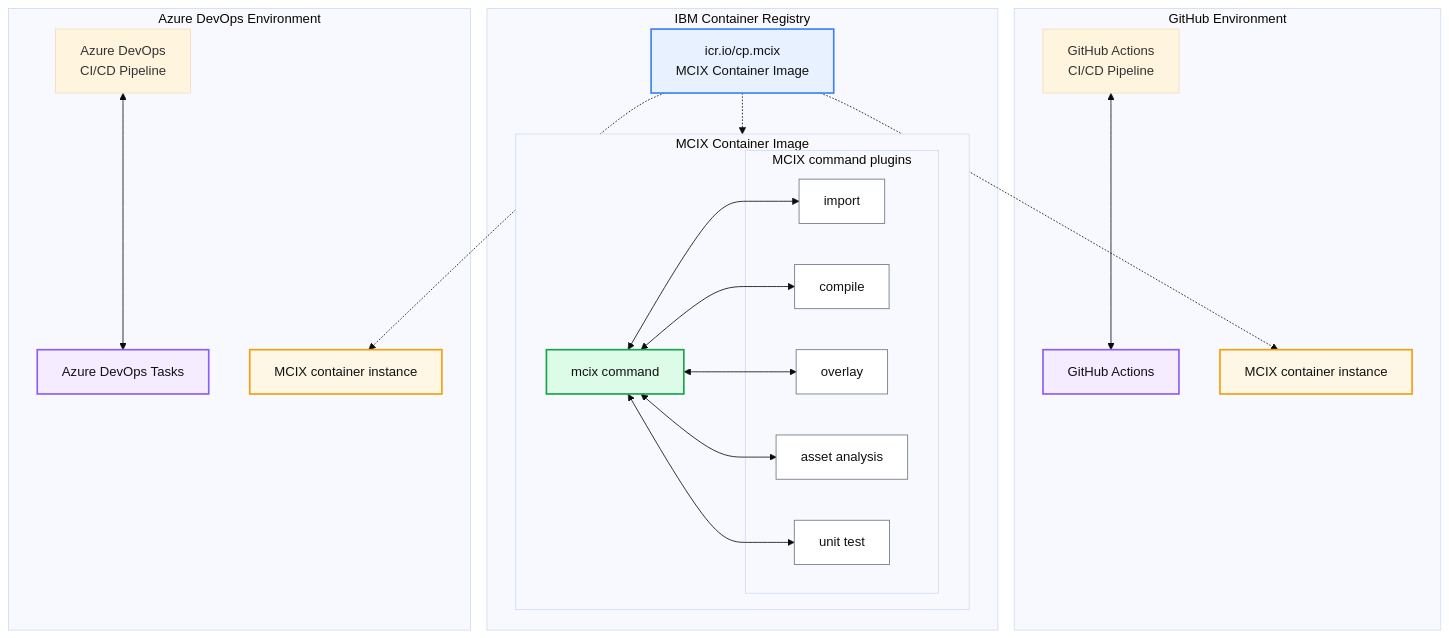
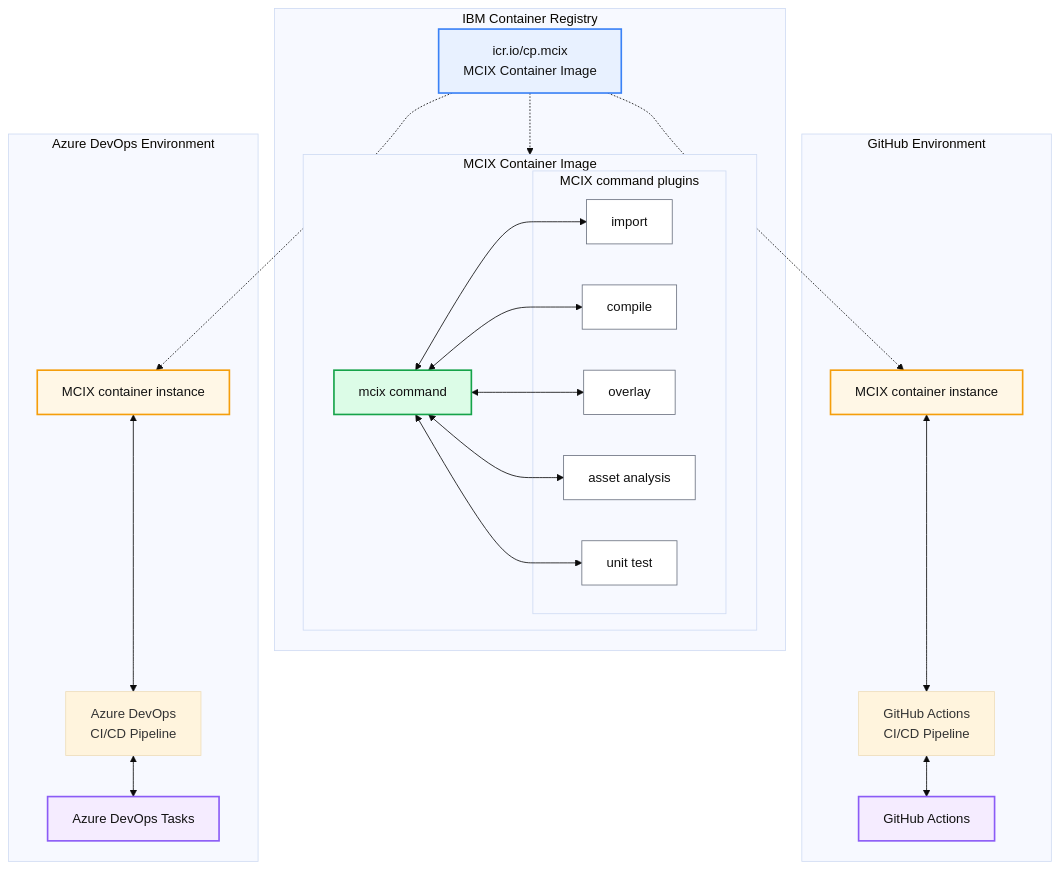
The diagram in ARCHITECTURE.md (MettleCI/mcix), drawn with Mermaid (base theme) before and after one commit.

````diff
--- a/ARCHITECTURE.md
+++ b/ARCHITECTURE.md
@@ -1,81 +1,82 @@
 ```mermaid
   flowchart TD
 
   %% =========================
   %% Styles
   %% =========================
   classDef registry fill:#e8f1ff,stroke:#3b82f6,stroke-width:2px,color:#111;
   classDef image fill:#eefbf3,stroke:#22c55e,stroke-width:2px,color:#111;
   classDef runtime fill:#fff7e6,stroke:#f59e0b,stroke-width:2px,color:#111;
   classDef tooling fill:#f5ecff,stroke:#8b5cf6,stroke-width:2px,color:#111;
   classDef plugin fill:#ffffff,stroke:#6b7280,stroke-width:1px,color:#111;
   classDef command fill:#dcfce7,stroke:#16a34a,stroke-width:2px,color:#111;
 
   %% =========================
   %% GitHub environment
   %% =========================
   subgraph GH["GitHub Environment"]
+      GHCONT["MCIX container instance"]
       GHA["GitHub Actions"]
       GHPIPE["GitHub Actions<br/>CI/CD Pipeline"]
-      GHCONT["MCIX container instance"]
   end
   class GHA tooling
   class GHCONT runtime
 
   %% GH Tooling references 
   GHPIPE <--> GHA
-
+  GHCONT <-->GHPIPE
 
   %% =========================
   %% Registry
   %% =========================
   subgraph REG["IBM Container Registry"]
       ICR["icr.io/cp.mcix<br/>MCIX Container Image"]
 
       %% Image internals
       subgraph IMG["MCIX Container Image"]
           MCIX["mcix command"]
 
           subgraph PLUGINS["MCIX command plugins"]
               P1["import"]
               P2["compile"]
               P3["overlay"]
               P4["asset analysis"]
               P5["unit test"]
           end
       end
       class MCIX command
       class P1,P2,P3,P4,P5 plugin
       class IMG image
 
   end
   class ICR registry
 
   ICR -.-> IMG
   MCIX <--> P1
   MCIX <--> P2
   MCIX <--> P3
   MCIX <--> P4
   MCIX <--> P5
 
   %% =========================
   %% Azure DevOps environment
   %% =========================
   subgraph ADO["Azure DevOps Environment"]
       ADOT["Azure DevOps Tasks"]
       ADOPIPE["Azure DevOps<br/>CI/CD Pipeline"]
       ADOCONT["MCIX container instance"]
   end
   class ADOT tooling
   class ADOCONT runtime
 
   %% =========================
   %% Distribution from registry
   %% =========================
   ICR -.-> GHCONT
   ICR -.-> ADOCONT
 
   %% ADO Tooling references 
   ADOPIPE <--> ADOT
+  ADOCONT <--> ADOPIPE
 
 ```
````
